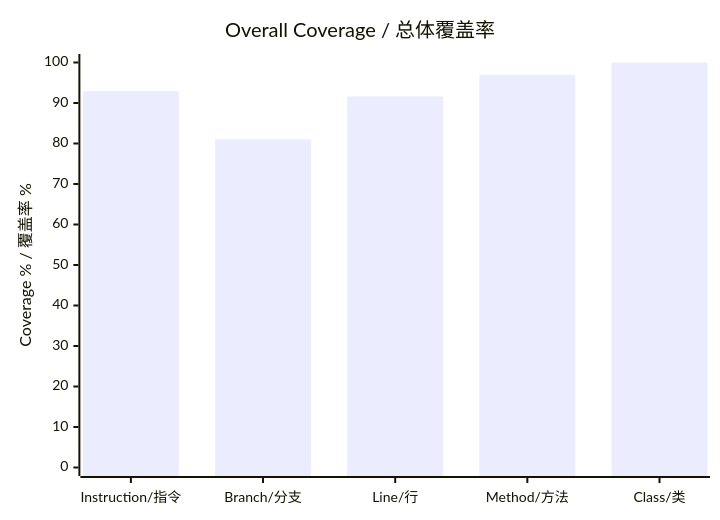
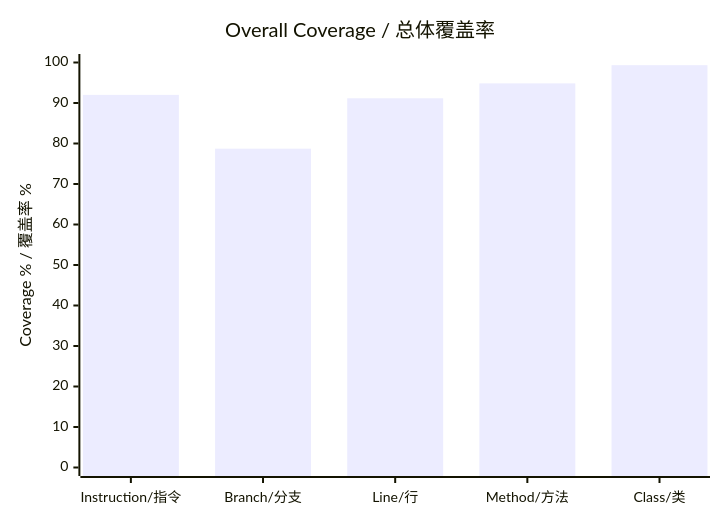
The second of 2 diagrams in docs/testing.md (wxw121/miniMQ), drawn with Mermaid before and after one commit. The commit also changed other lines of this file and 107 other files, not shown here.

````diff
--- a/docs/testing.md
+++ b/docs/testing.md
@@ -90,7 +90,7 @@
 ```mermaid
 xychart-beta
     title "Overall Coverage / 总体覆盖率"
     x-axis ["Instruction/指令", "Branch/分支", "Line/行", "Method/方法", "Class/类"]
     y-axis "Coverage % / 覆盖率 %" 0 --> 100
-    bar [92.93, 81.04, 91.62, 96.96, 100.00]
+    bar [92.01, 78.72, 91.17, 94.84, 99.34]
 ```
````
